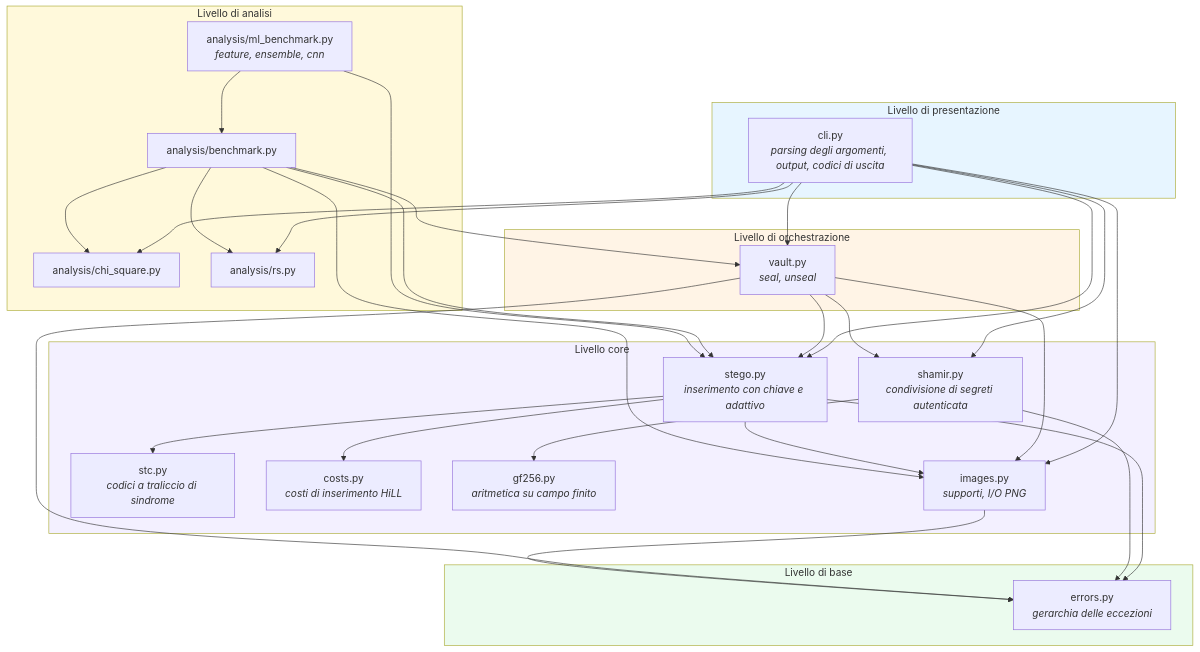
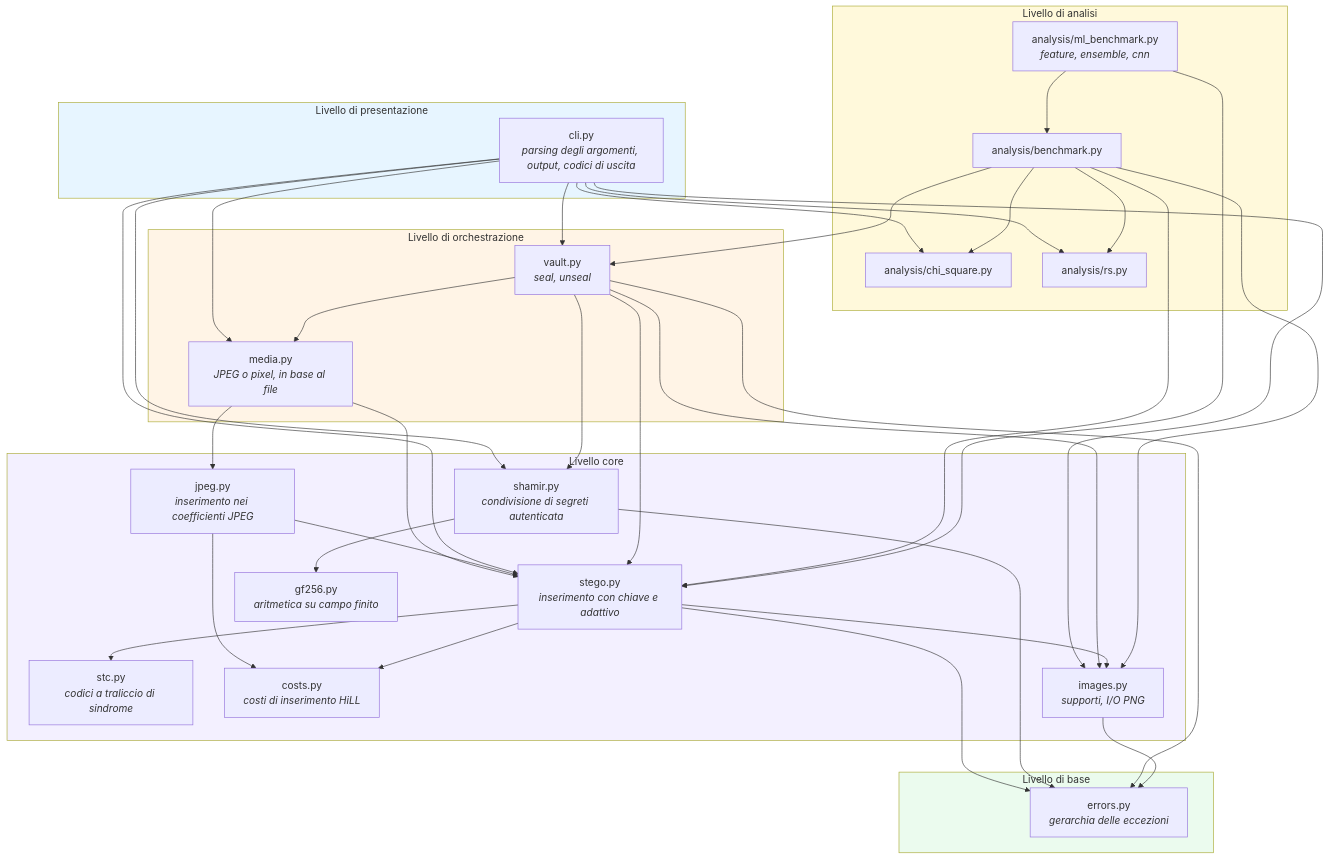
The second of 4 diagrams in docs_it/01-architecture.md (Just-Ipavon/shardpix), drawn with Mermaid before and after one commit. The commit also changed other lines of this file and 4 other files, not shown here.

````diff
--- a/docs_it/01-architecture.md
+++ b/docs_it/01-architecture.md
@@ -53,61 +53,69 @@
 ```mermaid
 graph TD
     subgraph presentation["Livello di presentazione"]
         CLI["cli.py<br/><i>parsing degli argomenti, output, codici di uscita</i>"]
     end
 
     subgraph orchestration["Livello di orchestrazione"]
         VAULT["vault.py<br/><i>seal, unseal</i>"]
+        MEDIA["media.py<br/><i>JPEG o pixel, in base al file</i>"]
     end
 
     subgraph core["Livello core"]
         STEGO["stego.py<br/><i>inserimento con chiave e adattivo</i>"]
+        JPEG["jpeg.py<br/><i>inserimento nei coefficienti JPEG</i>"]
         STC["stc.py<br/><i>codici a traliccio di sindrome</i>"]
         COSTS["costs.py<br/><i>costi di inserimento HiLL</i>"]
         SHAMIR["shamir.py<br/><i>condivisione di segreti autenticata</i>"]
         GF["gf256.py<br/><i>aritmetica su campo finito</i>"]
         IMG["images.py<br/><i>supporti, I/O PNG</i>"]
     end
 
     subgraph analysis["Livello di analisi"]
         CHI["analysis/chi_square.py"]
         RS["analysis/rs.py"]
         BENCH["analysis/benchmark.py"]
         ML["analysis/ml_benchmark.py<br/><i>feature, ensemble, cnn</i>"]
     end
 
     subgraph foundation["Livello di base"]
         ERR["errors.py<br/><i>gerarchia delle eccezioni</i>"]
     end
 
     CLI --> VAULT
+    CLI --> MEDIA
+    VAULT --> MEDIA
+    MEDIA --> STEGO
+    MEDIA --> JPEG
+    JPEG --> STEGO
+    JPEG --> COSTS
     CLI --> STEGO
     CLI --> SHAMIR
     CLI --> CHI
     CLI --> RS
     CLI --> IMG
     VAULT --> STEGO
     VAULT --> SHAMIR
     VAULT --> IMG
     STEGO --> IMG
     STEGO --> STC
     STEGO --> COSTS
     SHAMIR --> GF
     BENCH --> STEGO
     BENCH --> VAULT
     BENCH --> CHI
     BENCH --> RS
     BENCH --> IMG
     ML --> STEGO
     ML --> BENCH
     STEGO --> ERR
     SHAMIR --> ERR
     VAULT --> ERR
     IMG --> ERR
 
     style presentation fill:#e7f5ff
     style orchestration fill:#fff4e6
     style core fill:#f3f0ff
     style analysis fill:#fff9db
     style foundation fill:#ebfbee
 ```
````
